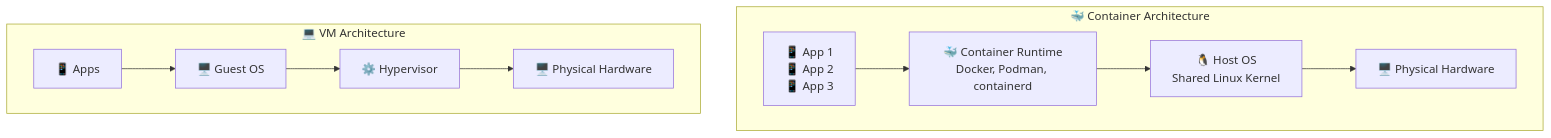
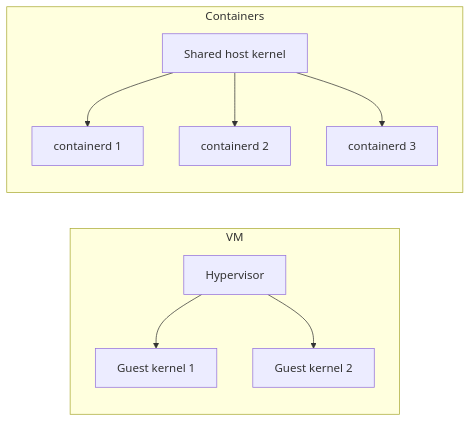
One commit to kicchhi/DevOps-Intro changed the fifth of 6 diagrams in lectures/lec5.md. Above: the diagram before and after it, drawn with Mermaid. The commit also changed other lines of this file and 11 other files, not shown here.

````diff
--- a/lectures/lec5.md
+++ b/lectures/lec5.md
@@ -914,24 +275,13 @@
 ```mermaid
-flowchart TD
-    subgraph "🐳 Container Architecture"
-        c_apps["📱 App 1<br/>📱 App 2<br/>📱 App 3"]
-        c_runtime["🐳 Container Runtime<br/>Docker, Podman, containerd"]
-        c_os["🐧 Host OS<br/>Shared Linux Kernel"]
-        c_hardware["🖥️ Physical Hardware"]
-        
-        c_apps --> c_runtime
-        c_runtime --> c_os
-        c_os --> c_hardware
+graph LR
+    subgraph "VM"
+        HV["Hypervisor"] --> KG["Guest kernel 1"]
+        HV --> KG2["Guest kernel 2"]
     end
-    
-    subgraph "💻 VM Architecture"
-        v_apps["📱 Apps"]
-        v_os["🖥️ Guest OS"]
-        v_hypervisor["⚙️ Hypervisor"]
-        v_hardware["🖥️ Physical Hardware"]
-        
-        v_apps --> v_os
-        v_os --> v_hypervisor
-        v_hypervisor --> v_hardware
+    subgraph "Containers"
+        K["Shared host kernel"]
+        K --> C1["containerd 1"]
+        K --> C2["containerd 2"]
+        K --> C3["containerd 3"]
     end
 ```
````
